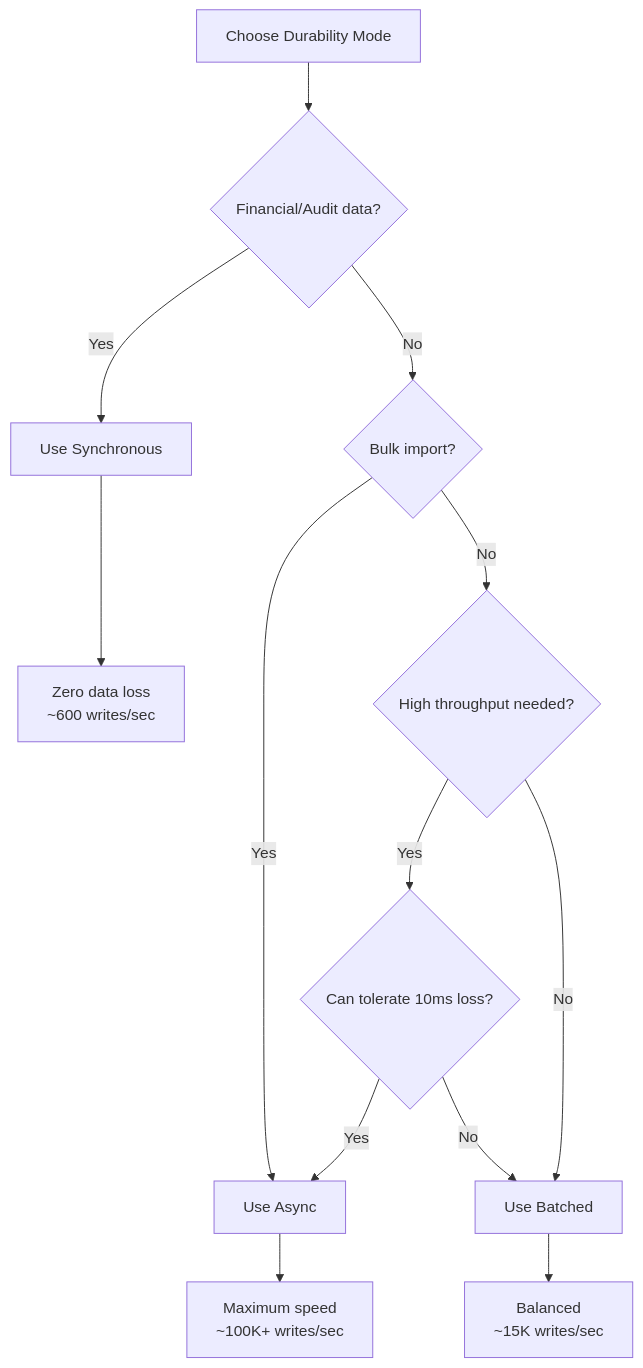
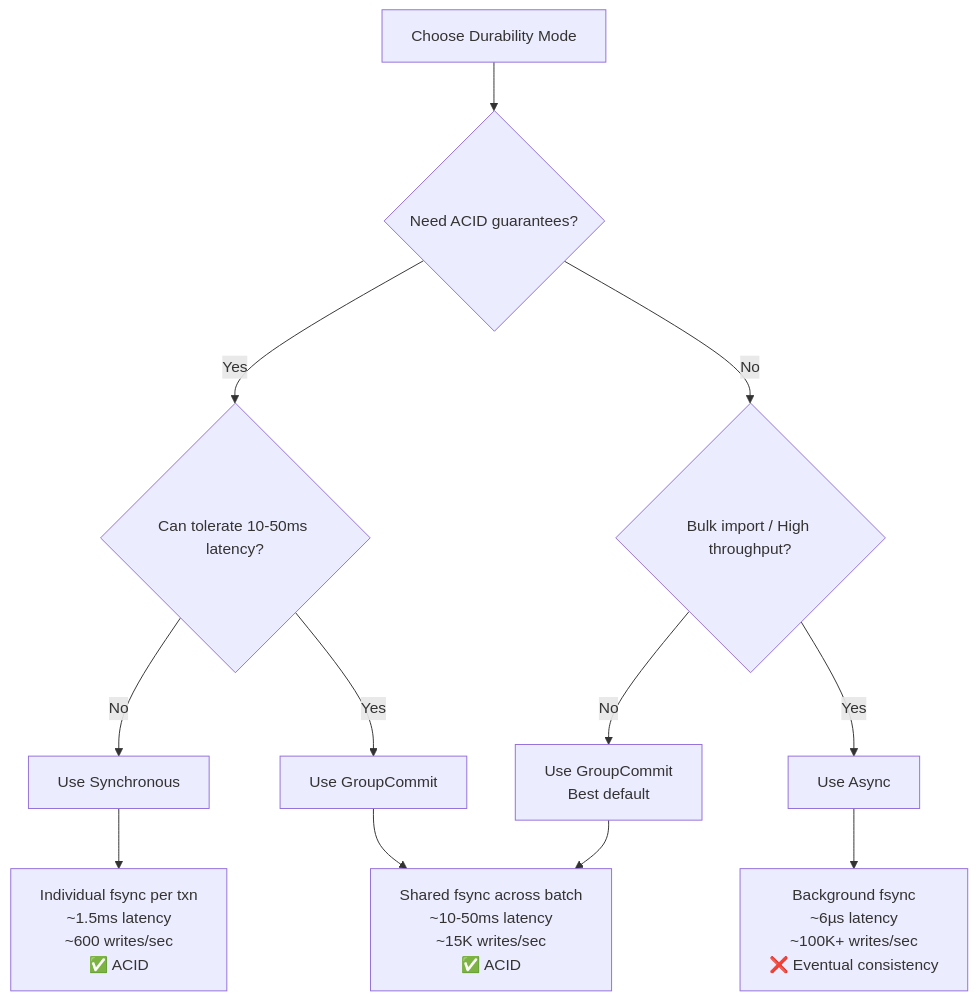
Before and after one commit to autumn-foundation/AletheiaDB: diagram 13 of 14 in docs/architecture/durability-modes.md, drawn with Mermaid. The commit also changed other lines of this file, not shown here.

First line of the commit message:
docs: Update durability-modes.md to reflect GroupCommit implementation

````diff
--- a/docs/architecture/durability-modes.md
+++ b/docs/architecture/durability-modes.md
@@ -284,19 +458,17 @@
 ```mermaid
 flowchart TD
-    A[Choose Durability Mode] --> B{Financial/Audit data?}
-    B -->|Yes| SYNC[Use Synchronous]
+    A[Choose Durability Mode] --> B{Need ACID guarantees?}
+    B -->|Yes| C{Can tolerate 10-50ms latency?}
 
-    B -->|No| C{Bulk import?}
-    C -->|Yes| ASYNC[Use Async]
+    C -->|No| SYNC[Use Synchronous]
+    C -->|Yes| GC[Use GroupCommit]
 
-    C -->|No| D{High throughput needed?}
-    D -->|Yes| E{Can tolerate 10ms loss?}
-    E -->|Yes| ASYNC
-    E -->|No| BATCH[Use Batched]
+    B -->|No| D{Bulk import / High throughput?}
+    D -->|Yes| ASYNC[Use Async]
+    D -->|No| GC2[Use GroupCommit\nBest default]
 
-    D -->|No| BATCH
-
-    SYNC --> SYNC_DESC[Zero data loss\n~600 writes/sec]
-    BATCH --> BATCH_DESC[Balanced\n~15K writes/sec]
-    ASYNC --> ASYNC_DESC[Maximum speed\n~100K+ writes/sec]
+    SYNC --> SYNC_DESC[Individual fsync per txn<br/>~1.5ms latency<br/>~600 writes/sec<br/>✅ ACID]
+    GC --> GC_DESC[Shared fsync across batch<br/>~10-50ms latency<br/>~15K writes/sec<br/>✅ ACID]
+    GC2 --> GC_DESC
+    ASYNC --> ASYNC_DESC[Background fsync<br/>~6µs latency<br/>~100K+ writes/sec<br/>❌ Eventual consistency]
 ```
````
